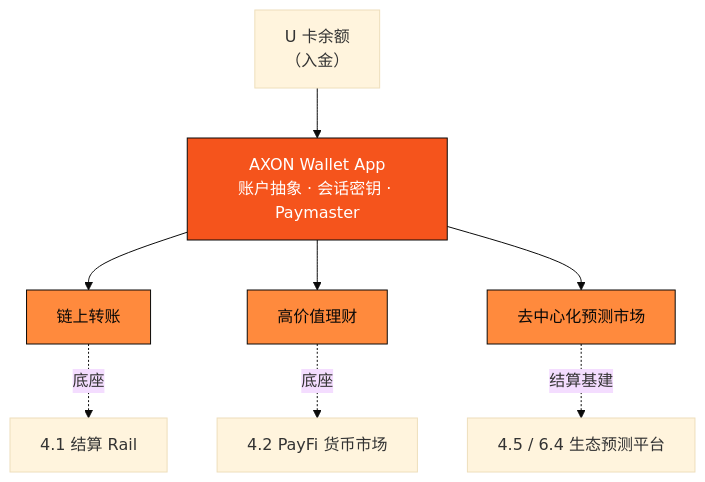
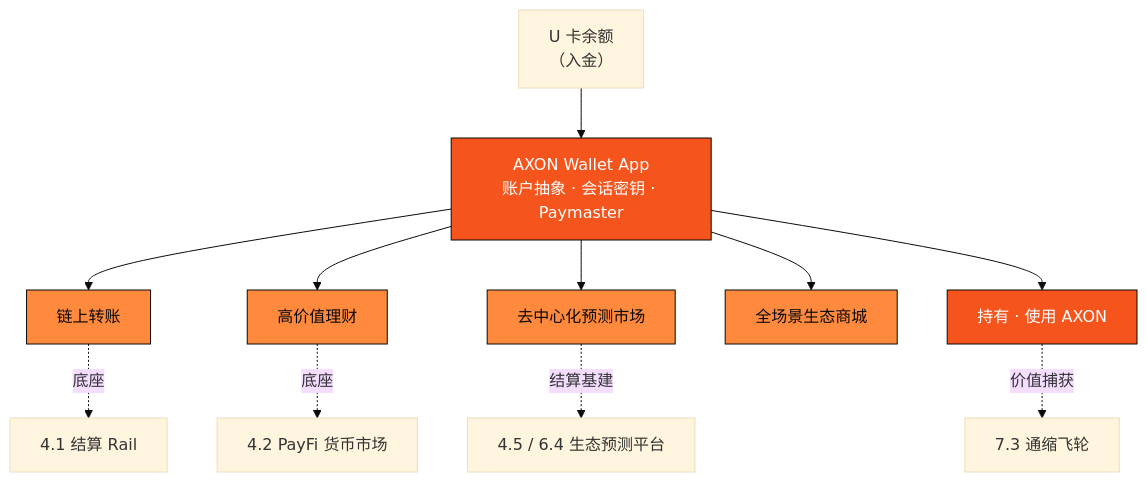
Before and after one commit to AIVIVEHQ/axon-whitepaper: the diagram in part4-payfi/4-7-wallet-app.md, drawn with Mermaid (base theme). The commit also changed other lines of this file and 1 other file, not shown here.

Commit message:
docs: Wallet App 升级为数字银行级金融超级 app（新增母币 AXON 持有/使用 + 商城入口）

````diff
--- a/part4-payfi/4-7-wallet-app.md
+++ b/part4-payfi/4-7-wallet-app.md
@@ -16,14 +16,19 @@
 ```mermaid
 flowchart TB
     UC["U 卡余额<br/>（入金）"] --> W["AXON Wallet App<br/>账户抽象 · 会话密钥 · Paymaster"]
     W --> T["链上转账"]
     W --> Y["高价值理财"]
     W --> P["去中心化预测市场"]
+    W --> M["全场景生态商城"]
+    W --> AX["持有 · 使用 AXON"]
     T -.底座.-> R1["4.1 结算 Rail"]
     Y -.底座.-> R2["4.2 PayFi 货币市场"]
     P -.结算基建.-> R3["4.5 / 6.4 生态预测平台"]
+    AX -.价值捕获.-> R4["7.3 通缩飞轮"]
     style W fill:#f5541c,stroke:#0a0908,color:#fff
     style T fill:#ff8a3d,stroke:#0a0908,color:#0a0908
     style Y fill:#ff8a3d,stroke:#0a0908,color:#0a0908
     style P fill:#ff8a3d,stroke:#0a0908,color:#0a0908
+    style M fill:#ff8a3d,stroke:#0a0908,color:#0a0908
+    style AX fill:#f5541c,stroke:#0a0908,color:#fff
 ```
````
